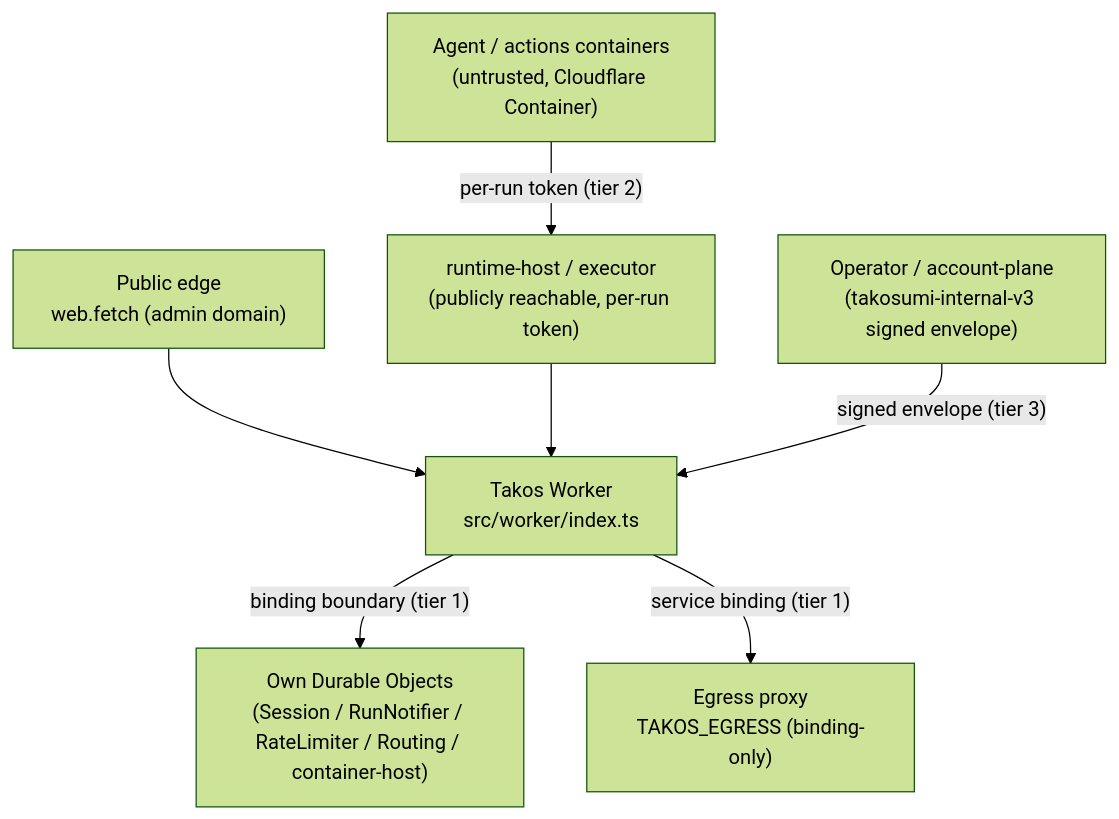
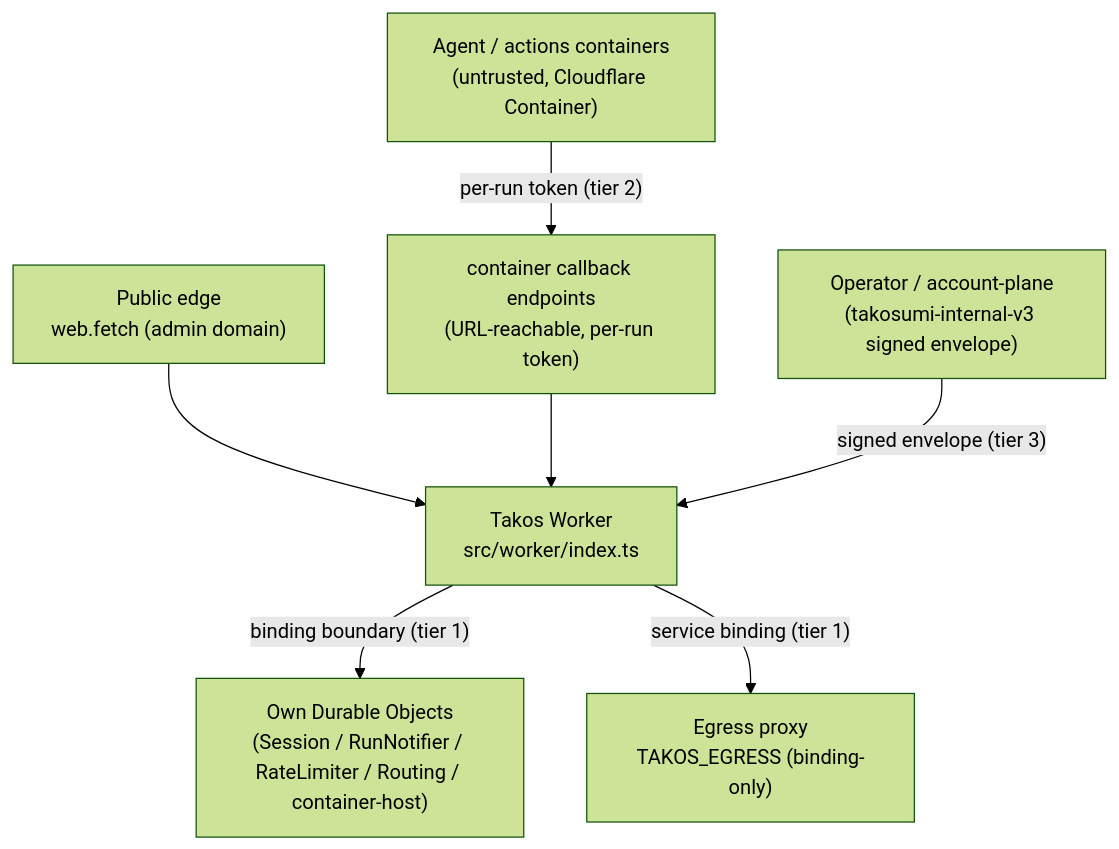
The second of 2 diagrams in docs/architecture/diagrams.md (tako0614/takos), drawn with Mermaid (forest theme) before and after one commit. The commit also changed other lines of this file and 416 other files, not shown here.

````diff
--- a/docs/architecture/diagrams.md
+++ b/docs/architecture/diagrams.md
@@ -32,17 +34,17 @@
 ```mermaid
 flowchart TB
   Edge["Public edge<br/>web.fetch (admin domain)"]
   W["Takos Worker<br/>src/worker/index.ts"]
   DO["Own Durable Objects<br/>(Session / RunNotifier / RateLimiter / Routing / container-host)"]
   Eg["Egress proxy<br/>TAKOS_EGRESS (binding-only)"]
-  RH["runtime-host / executor<br/>(publicly reachable, per-run token)"]
+  RH["container callback endpoints<br/>(URL-reachable, per-run token)"]
   C["Agent / actions containers<br/>(untrusted, Cloudflare Container)"]
   Op["Operator / account-plane<br/>(takosumi-internal-v3 signed envelope)"]
 
   Edge --> W
   W -- binding boundary (tier 1) --> DO
   W -- service binding (tier 1) --> Eg
   C -- per-run token (tier 2) --> RH
   RH --> W
   Op -- signed envelope (tier 3) --> W
 ```
````
